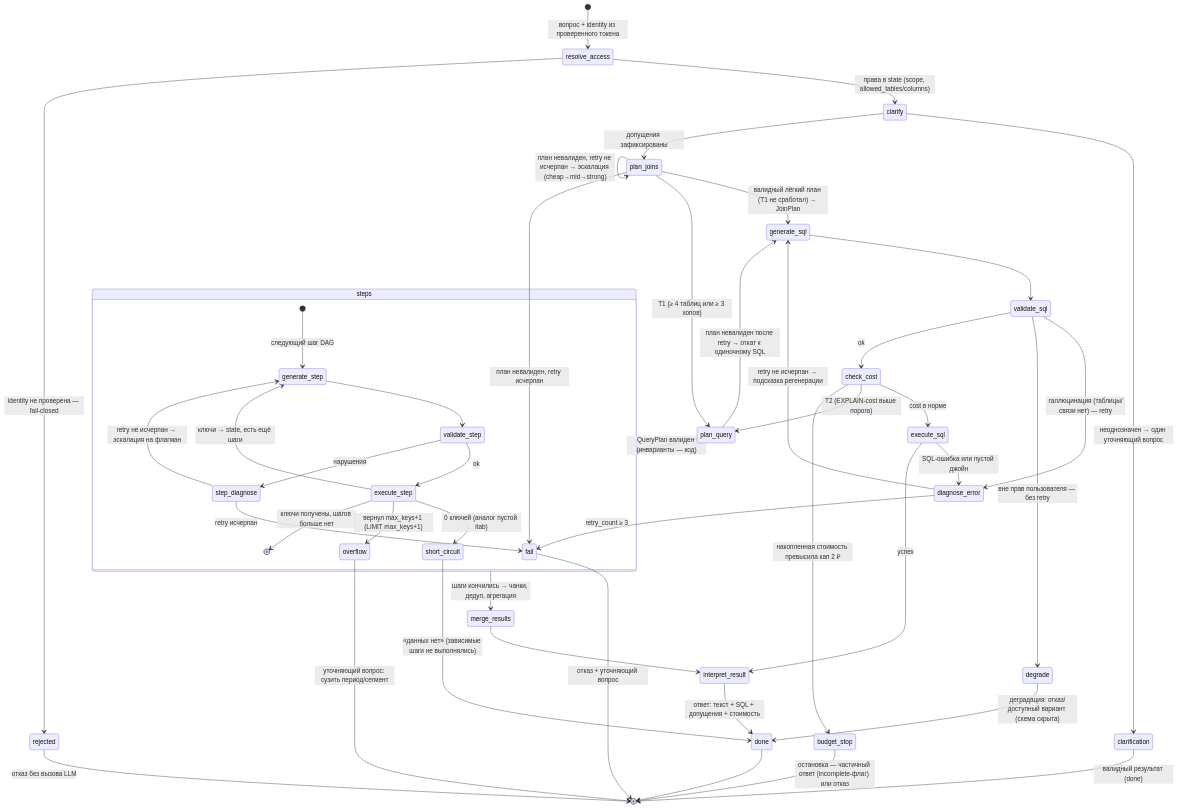
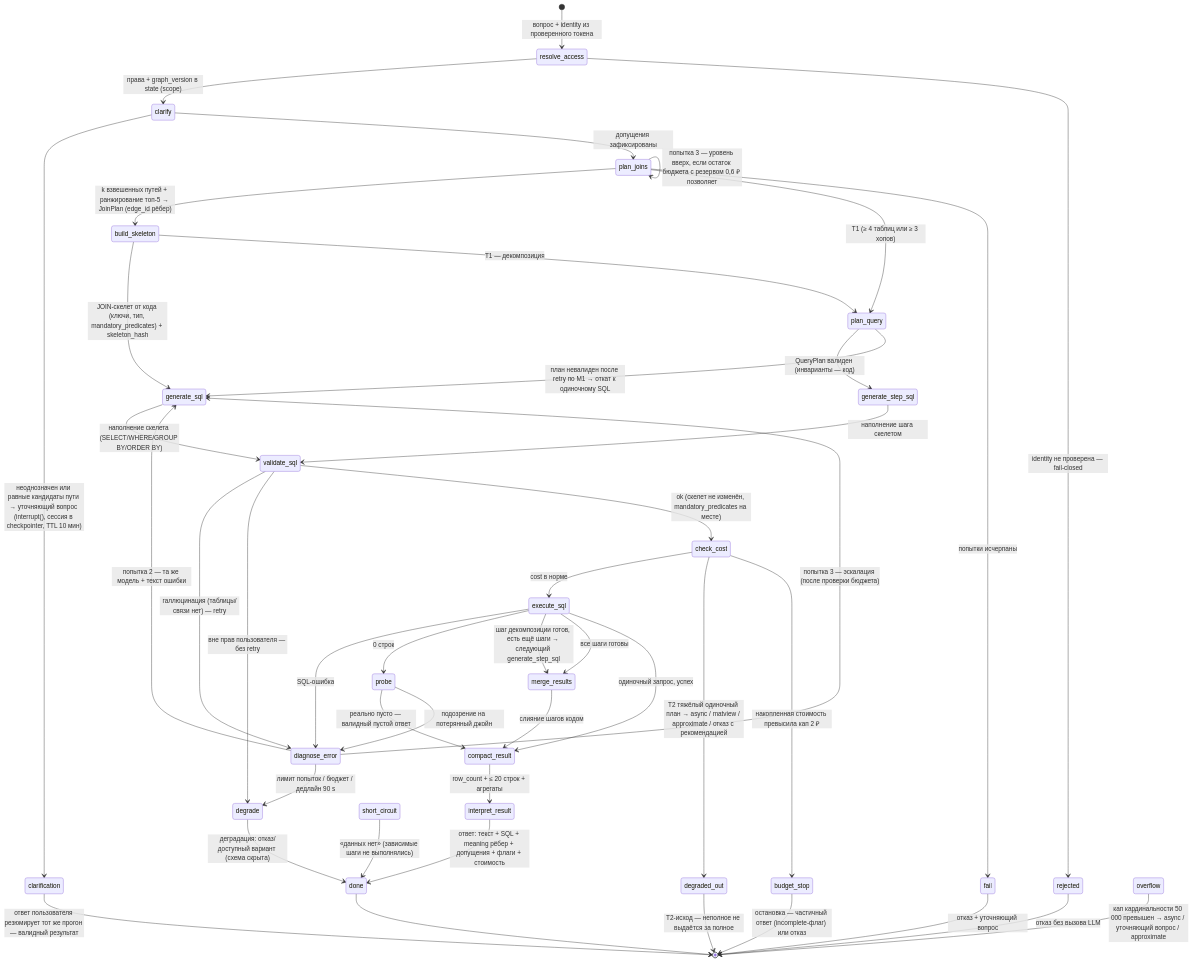
Before and after one commit to BinarySimple17/ai-agents: the diagram in docs/diagrams/state-agent.md, drawn with Mermaid. The commit also changed other lines of this file and 28 other files, not shown here.

````diff
--- a/docs/diagrams/state-agent.md
+++ b/docs/diagrams/state-agent.md
@@ -7,59 +7,58 @@
 ```mermaid
 stateDiagram-v2
     [*] --> resolve_access: вопрос + identity из проверенного токена
-    resolve_access --> clarify: права в state (scope, allowed_tables/columns)
+    resolve_access --> clarify: права + graph_version в state (scope)
     resolve_access --> rejected: identity не проверена — fail-closed
 
-    clarify --> clarification: неоднозначен → один уточняющий вопрос
-    clarification --> [*]: валидный результат (done)
+    clarify --> clarification: неоднозначен или равные кандидаты пути → уточняющий вопрос (interrupt(), сессия в checkpointer, TTL 10 мин)
+    clarification --> [*]: ответ пользователя резюмирует тот же прогон — валидный результат
     clarify --> plan_joins: допущения зафиксированы
 
-    plan_joins --> generate_sql: валидный лёгкий план (T1 не сработал) → JoinPlan
+    plan_joins --> build_skeleton: k взвешенных путей + ранжирование топ-5 → JoinPlan (edge_id рёбер)
     plan_joins --> plan_query: T1 (≥ 4 таблиц или ≥ 3 хопов)
-    plan_joins --> plan_joins: план невалиден, retry не исчерпан → эскалация (cheap→mid→strong)
-    plan_joins --> fail: план невалиден, retry исчерпан
+    plan_joins --> plan_joins: план невалиден, попытка 2 — та же модель + текст ошибки (M1)
+    plan_joins --> plan_joins: попытка 3 — уровень вверх, если остаток бюджета с резервом 0,6 ₽ позволяет
+    plan_joins --> fail: попытки исчерпаны
 
-    plan_query --> steps: QueryPlan валиден (инварианты — код)
-    plan_query --> generate_sql: план невалиден после retry → откат к одиночному SQL
+    build_skeleton --> generate_sql: JOIN-скелет от кода (ключи, тип, mandatory_predicates) + skeleton_hash
+    build_skeleton --> plan_query: T1 — декомпозиция
+    plan_query --> generate_step_sql: QueryPlan валиден (инварианты — код)
+    plan_query --> generate_sql: план невалиден после retry по M1 → откат к одиночному SQL
 
-    state steps {
-        [*] --> generate_step: следующий шаг DAG
-        generate_step --> validate_step
-        validate_step --> execute_step: ok
-        validate_step --> step_diagnose: нарушения
-        step_diagnose --> generate_step: retry не исчерпан → эскалация на флагман
-        step_diagnose --> fail: retry исчерпан
-        execute_step --> short_circuit: 0 ключей (аналог пустой itab)
-        execute_step --> overflow: вернул max_keys+1 (LIMIT max_keys+1)
-        execute_step --> generate_step: ключи → state, есть ещё шаги
-        execute_step --> [*]: ключи получены, шагов больше нет
-    }
+    generate_sql --> validate_sql: наполнение скелета (SELECT/WHERE/GROUP BY/ORDER BY)
+    generate_step_sql --> validate_sql: наполнение шага скелетом
 
-    steps --> merge_results: шаги кончились → чанки, дедуп, агрегация
-    merge_results --> interpret_result
-
-    generate_sql --> validate_sql
     validate_sql --> diagnose_error: галлюцинация (таблицы/связи нет) — retry
     validate_sql --> degrade: вне прав пользователя — без retry
-    validate_sql --> check_cost: ok
+    validate_sql --> check_cost: ok (скелет не изменён, mandatory_predicates на месте)
+
     check_cost --> execute_sql: cost в норме
-    check_cost --> plan_query: T2 (EXPLAIN-cost выше порога)
-
-    execute_sql --> diagnose_error: SQL-ошибка или пустой джойн
-    execute_sql --> interpret_result: успех
-
+    check_cost --> degraded_out: T2 тяжёлый одиночный план → async / matview / approximate / отказ с рекомендацией
     check_cost --> budget_stop: накопленная стоимость превысила кап 2 ₽
 
-    diagnose_error --> generate_sql: retry не исчерпан → подсказка регенерации
-    diagnose_error --> fail: retry_count ≥ 3
+    execute_sql --> diagnose_error: SQL-ошибка
+    execute_sql --> probe: 0 строк
+    execute_sql --> merge_results: шаг декомпозиции готов, есть ещё шаги → следующий generate_step_sql
+    execute_sql --> merge_results: все шаги готовы
+    execute_sql --> compact_result: одиночный запрос, успех
 
-    interpret_result --> done: ответ: текст + SQL + допущения + стоимость
+    probe --> compact_result: реально пусто — валидный пустой ответ
+    probe --> diagnose_error: подозрение на потерянный джойн
+
+    merge_results --> compact_result: слияние шагов кодом
+    compact_result --> interpret_result: row_count + ≤ 20 строк + агрегаты
+    diagnose_error --> generate_sql: попытка 2 — та же модель + текст ошибки
+    diagnose_error --> generate_sql: попытка 3 — эскалация (после проверки бюджета)
+    diagnose_error --> degrade: лимит попыток / бюджет / дедлайн 90 s
+
+    interpret_result --> done: ответ: текст + SQL + meaning рёбер + допущения + флаги + стоимость
     degrade --> done: деградация: отказ/доступный вариант (схема скрыта)
     short_circuit --> done: «данных нет» (зависимые шаги не выполнялись)
     budget_stop --> [*]: остановка — частичный ответ (incomplete-флаг) или отказ
-    overflow --> [*]: уточняющий вопрос: сузить период/сегмент
+    overflow --> [*]: кап кардинальности 50 000 превышен → async / уточняющий вопрос / approximate
     fail --> [*]: отказ + уточняющий вопрос
     rejected --> [*]: отказ без вызова LLM
+    degraded_out --> [*]: T2-исход — неполное не выдаётся за полное
 
     done --> [*]
 ```
````
